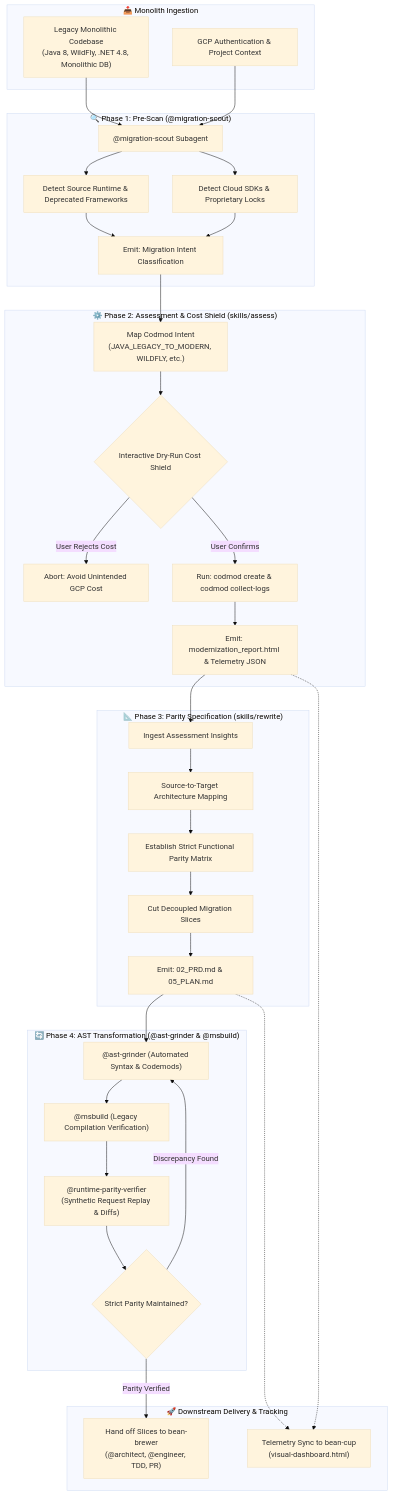
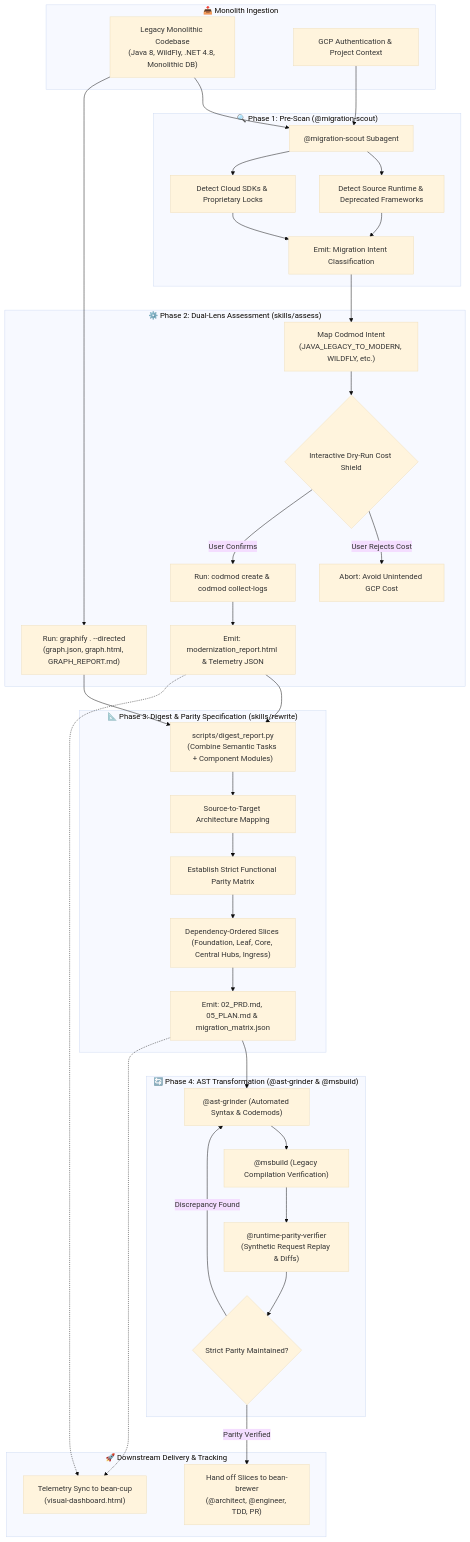
One commit to sapientcoffee/bean-grinder changed the diagram in README.md. Above: the diagram before and after it, drawn with Mermaid (base theme). The commit also changed other lines of this file and 6 other files, not shown here.

First line of the commit message:
feat(digest): ✨ integrate codmod & graphify modernization workflow

````diff
--- a/README.md
+++ b/README.md
@@ -56,55 +57,58 @@
 ```mermaid
 flowchart TD
     subgraph Intake["📥 Monolith Ingestion"]
         LegacyCode["Legacy Monolithic Codebase<br/>(Java 8, WildFly, .NET 4.8, Monolithic DB)"]
         GCPAuth["GCP Authentication & Project Context"]
     end
 
     subgraph ScoutPhase["🔍 Phase 1: Pre-Scan (@migration-scout)"]
         Scout["@migration-scout Subagent"]
         DetectRuntimes["Detect Source Runtime & Deprecated Frameworks"]
         DetectClouds["Detect Cloud SDKs & Proprietary Locks"]
         EmitScoutSummary["Emit: Migration Intent Classification"]
     end
 
-    subgraph AssessPhase["⚙️ Phase 2: Assessment & Cost Shield (skills/assess)"]
+    subgraph AssessPhase["⚙️ Phase 2: Dual-Lens Assessment (skills/assess)"]
         IntentMapping["Map Codmod Intent<br/>(JAVA_LEGACY_TO_MODERN, WILDFLY, etc.)"]
         CostShield{"Interactive Dry-Run Cost Shield"}
         UserAbort["Abort: Avoid Unintended GCP Cost"]
         ExecCodmod["Run: codmod create & codmod collect-logs"]
         ModernReport["Emit: modernization_report.html & Telemetry JSON"]
+        GraphifyRun["Run: graphify . --directed<br/>(graph.json, graph.html, GRAPH_REPORT.md)"]
     end
 
-    subgraph RewritePhase["📐 Phase 3: Parity Specification (skills/rewrite)"]
-        IngestReport["Ingest Assessment Insights"]
+    subgraph RewritePhase["📐 Phase 3: Digest & Parity Specification (skills/rewrite)"]
+        DigestTool["scripts/digest_report.py<br/>(Combine Semantic Tasks + Component Modules)"]
         RuntimeMapping["Source-to-Target Architecture Mapping"]
         ParityMatrix["Establish Strict Functional Parity Matrix"]
-        VerticalSlicing["Cut Decoupled Migration Slices"]
-        EmitArtifacts["Emit: 02_PRD.md & 05_PLAN.md"]
+        VerticalSlicing["Dependency-Ordered Slices (Foundation, Leaf, Core, Central Hubs, Ingress)"]
+        EmitArtifacts["Emit: 02_PRD.md, 05_PLAN.md & migration_matrix.json"]
     end
 
     subgraph GrindingPass["🔄 Phase 4: AST Transformation (@ast-grinder & @msbuild)"]
         ASTTransform["@ast-grinder (Automated Syntax & Codemods)"]
         BuildCheck["@msbuild (Legacy Compilation Verification)"]
         ParityCheck["@runtime-parity-verifier<br/>(Synthetic Request Replay & Diffs)"]
         ParityVerdict{"Strict Parity Maintained?"}
     end
 
     subgraph Downstream["🚀 Downstream Delivery & Tracking"]
         HandoffBrewer["Hand off Slices to bean-brewer<br/>(@architect, @engineer, TDD, PR)"]
         TelemetryCup["Telemetry Sync to bean-cup<br/>(visual-dashboard.html)"]
     end
 
     LegacyCode & GCPAuth --> Scout
     Scout --> DetectRuntimes & DetectClouds --> EmitScoutSummary
     EmitScoutSummary --> IntentMapping --> CostShield
     CostShield -->|User Rejects Cost| UserAbort
     CostShield -->|User Confirms| ExecCodmod
-    ExecCodmod --> ModernReport --> IngestReport
-    IngestReport --> RuntimeMapping --> ParityMatrix --> VerticalSlicing --> EmitArtifacts
+    ExecCodmod --> ModernReport
+    LegacyCode --> GraphifyRun
+    ModernReport & GraphifyRun --> DigestTool
+    DigestTool --> RuntimeMapping --> ParityMatrix --> VerticalSlicing --> EmitArtifacts
     EmitArtifacts --> ASTTransform
     ASTTransform --> BuildCheck --> ParityCheck --> ParityVerdict
     ParityVerdict -->|Discrepancy Found| ASTTransform
     ParityVerdict -->|Parity Verified| HandoffBrewer
     ModernReport & EmitArtifacts -.-> TelemetryCup
 ```
````
